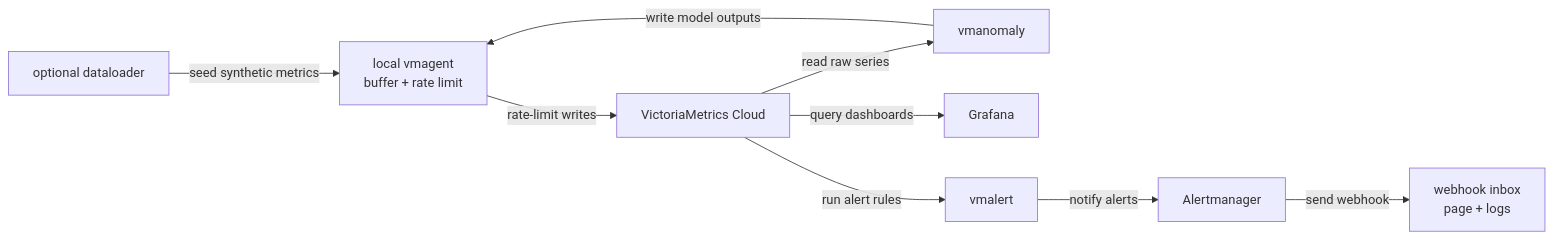
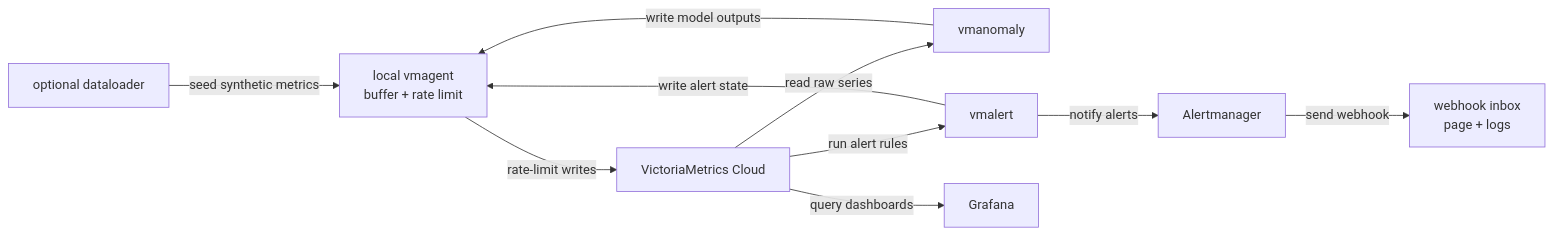
One commit to jgomezselles/cnd-workshop-2026 changed the third of 4 diagrams in anomaly-detection/README.md. Above: the diagram before and after it, drawn with Mermaid. The commit also changed other lines of this file and 7 other files, not shown here.

````diff
--- a/anomaly-detection/README.md
+++ b/anomaly-detection/README.md
@@ -150,11 +263,12 @@
 ```mermaid
 flowchart LR
   loader["optional dataloader"] -->|"seed synthetic metrics"| agent["local vmagent<br/>buffer + rate limit"]
   anomaly["vmanomaly"] -->|"write model outputs"| agent
+  vmalert["vmalert"] -->|"write alert state"| agent
   agent -->|"rate-limit writes"| cloud["VictoriaMetrics Cloud"]
   cloud -->|"read raw series"| anomaly
   cloud -->|"query dashboards"| grafana["Grafana"]
-  cloud -->|"run alert rules"| vmalert["vmalert"]
+  cloud -->|"run alert rules"| vmalert
   vmalert -->|"notify alerts"| alertmanager["Alertmanager"]
-  alertmanager["Alertmanager"] -->|"send webhook"| webhook["webhook inbox<br/>page + logs"]
+  alertmanager -->|"send webhook"| webhook["webhook inbox<br/>page + logs"]
 ```
````
